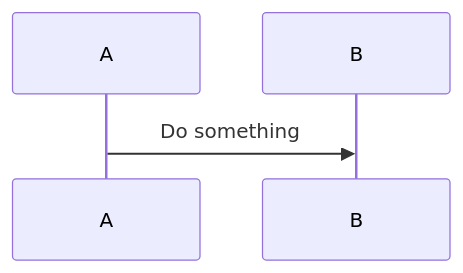
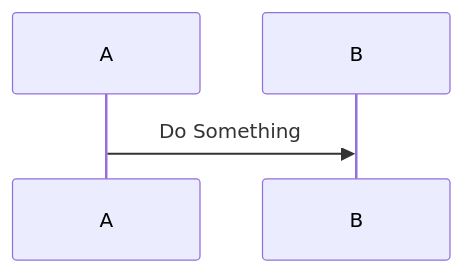
One commit to carolyncole/i_love_mermaid changed the diagram in empty-flow.md. Above: the diagram before and after it, drawn with Mermaid. The commit also changed other lines of this file, not shown here.

````diff
--- a/empty-flow.md
+++ b/empty-flow.md
@@ -10,4 +10,4 @@
 ```mermaid
 sequenceDiagram
-A->>B: Do something
+A->>B: Do Something
 ```
````
